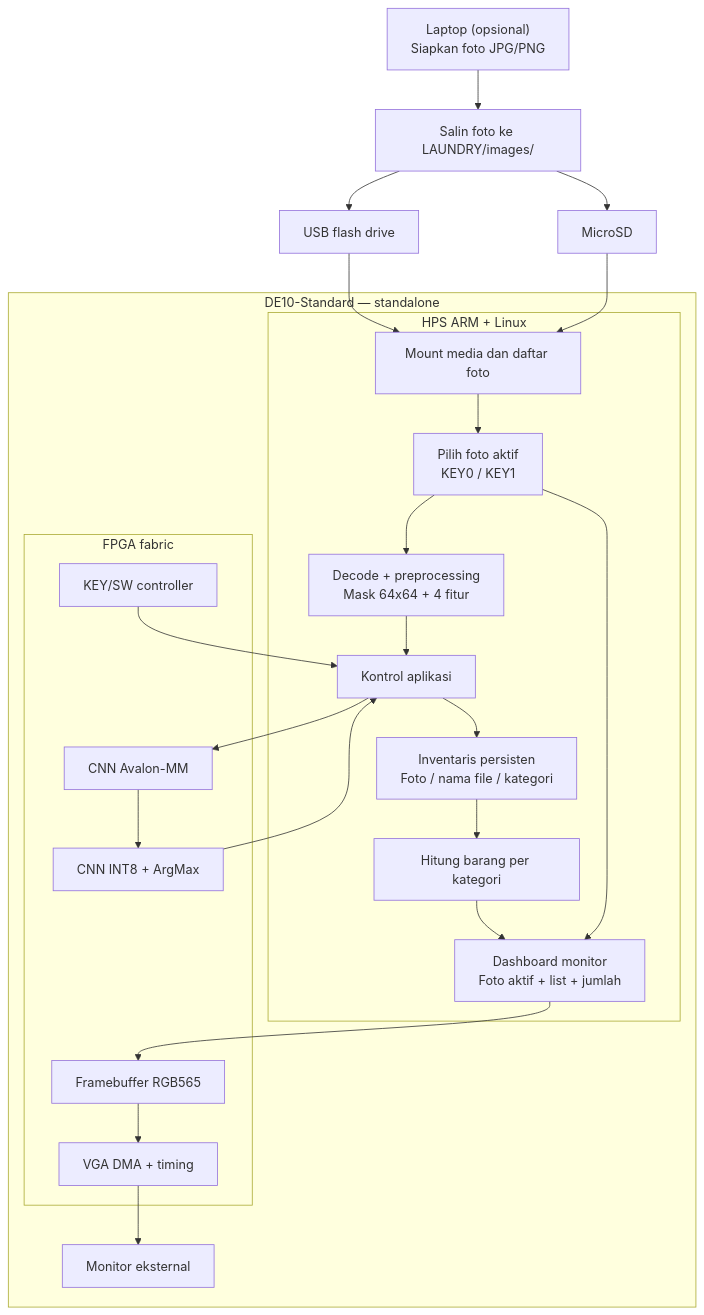
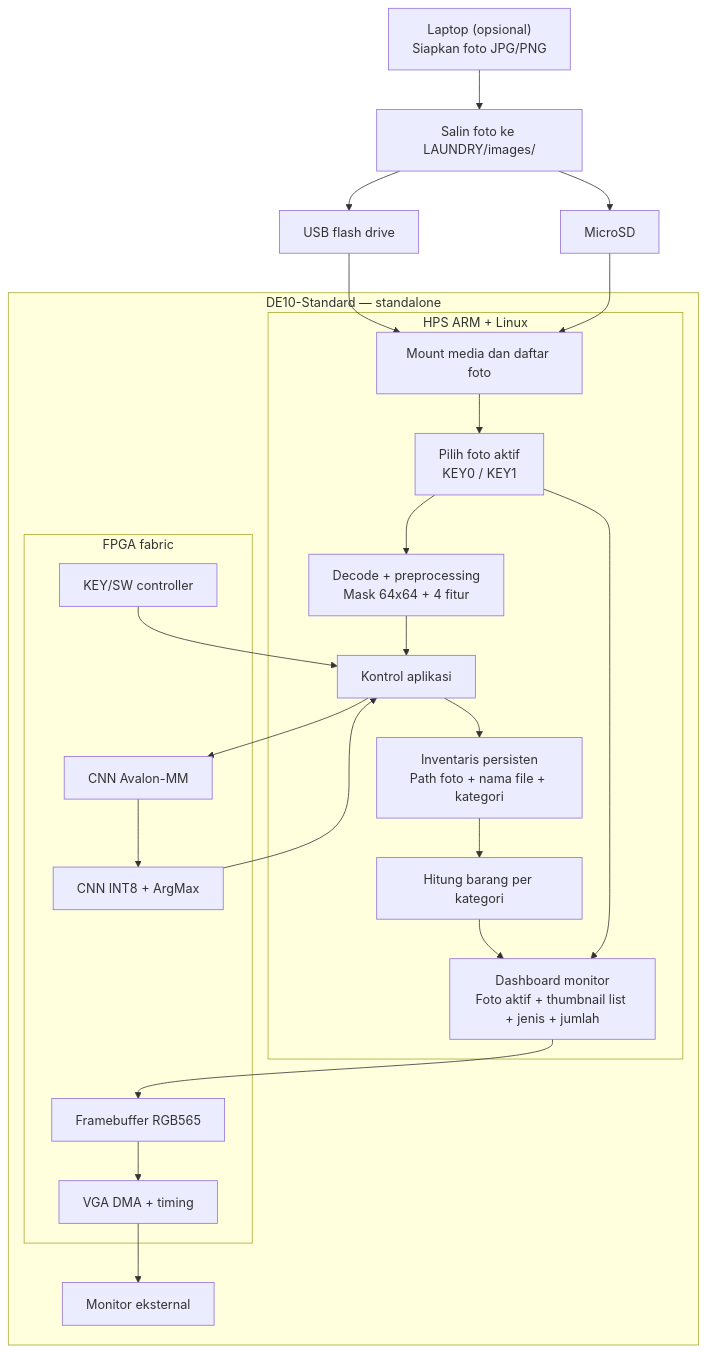
The fifth of 5 diagrams in README.md (Scytron01/cnn-kevins), drawn with Mermaid before and after one commit. The commit also changed other lines of this file, not shown here.

Commit message:
Align image inference and monitor diagrams with file-based DE10 workflow

```diff
--- a/README.md
+++ b/README.md
@@ -415,36 +415,36 @@
 ~~~mermaid
 flowchart TD
     LAPTOP["Laptop (opsional)<br/>Siapkan foto JPG/PNG"] --> COPY["Salin foto ke LAUNDRY/images/"]
     COPY --> USB["USB flash drive"]
     COPY --> SD["MicroSD"]
     USB --> MOUNT
     SD --> MOUNT
 
     subgraph BOARD["DE10-Standard — standalone"]
       subgraph HPS["HPS ARM + Linux"]
         MOUNT["Mount media dan daftar foto"]
         SELECT["Pilih foto aktif<br/>KEY0 / KEY1"]
         PRE["Decode + preprocessing<br/>Mask 64x64 + 4 fitur"]
         APP["Kontrol aplikasi"]
-        INV["Inventaris persisten<br/>Foto / nama file / kategori"]
+        INV["Inventaris persisten<br/>Path foto + nama file + kategori"]
         COUNT["Hitung barang per kategori"]
-        UI["Dashboard monitor<br/>Foto aktif + list + jumlah"]
+        UI["Dashboard monitor<br/>Foto aktif + thumbnail list + jenis + jumlah"]
         MOUNT --> SELECT --> PRE --> APP
         APP --> INV --> COUNT --> UI
         SELECT --> UI
       end
       subgraph FABRIC["FPGA fabric"]
         BUTTON["KEY/SW controller"]
         CNNIF["CNN Avalon-MM"]
         CNN["CNN INT8 + ArgMax"]
         SDRAM["Framebuffer RGB565"]
         VGA["VGA DMA + timing"]
         CNNIF --> CNN
         BUTTON --> APP
         APP --> CNNIF
         CNN --> APP
         UI --> SDRAM --> VGA
       end
       VGA --> MONITOR["Monitor eksternal"]
     end
 ~~~
```
